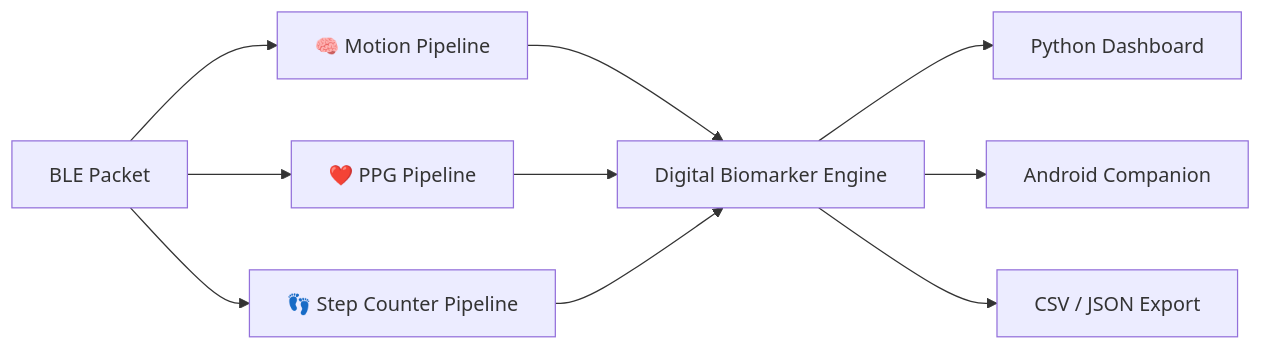
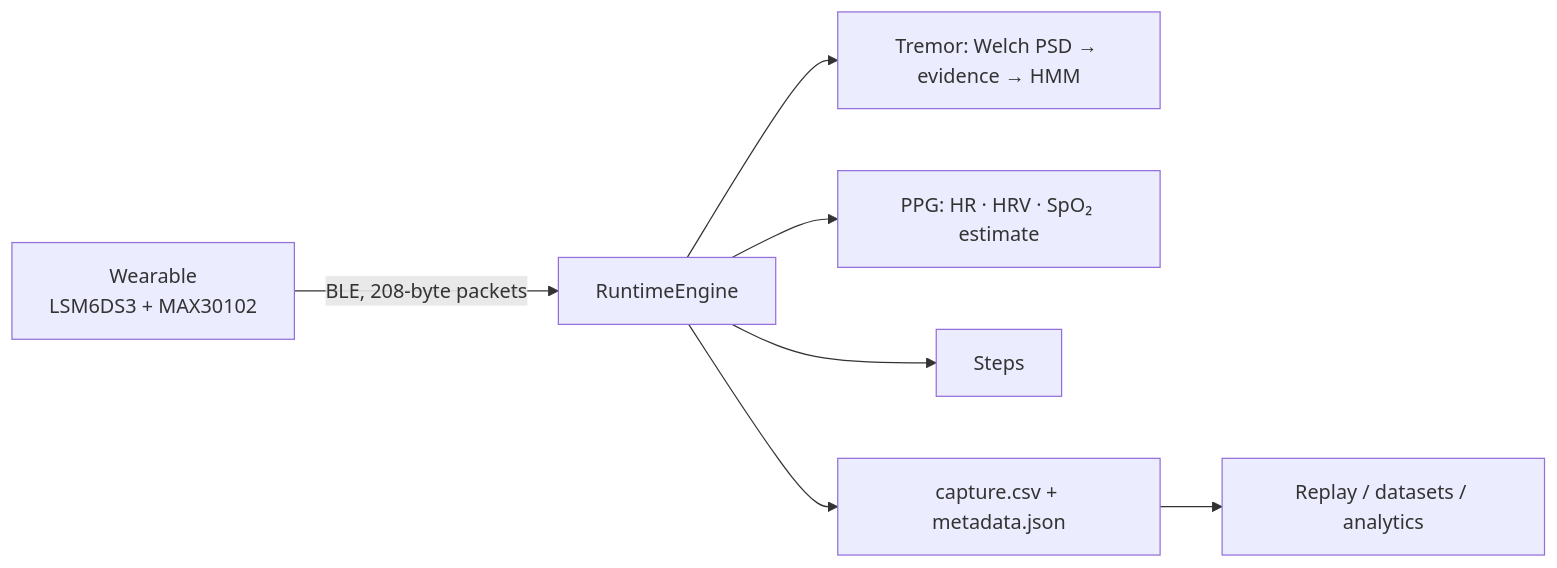
The diagram in README.md (sudo-pranshu/ParkinSense), drawn with Mermaid before and after one commit. The commit also changed other lines of this file and 29 other files, not shown here.

First line of the commit message:
docs: README rewrite, protocol spec, architecture, ADRs 0004-0009, results, report

````diff
--- a/README.md
+++ b/README.md
@@ -396,12 +62,8 @@
 ```mermaid
 flowchart LR
-Packet["BLE Packet"] --> Motion["🧠 Motion Pipeline"]
-Packet --> PPG["❤️ PPG Pipeline"]
-Packet --> Activity["👣 Step Counter Pipeline"]
-Motion --> Fusion["Digital Biomarker Engine"]
-PPG --> Fusion
-Activity --> Fusion
-Fusion --> Dashboard["Python Dashboard"]
-Fusion --> Android["Android Companion"]
-Fusion --> Export["CSV / JSON Export"]
+  W["Wearable<br/>LSM6DS3 + MAX30102"] -- "BLE, 208-byte packets" --> E["RuntimeEngine"]
+  E --> T["Tremor: Welch PSD → evidence → HMM"]
+  E --> P["PPG: HR · HRV · SpO₂ estimate"]
+  E --> S["Steps"]
+  E --> R["capture.csv + metadata.json"] --> RP["Replay / datasets / analytics"]
 ```
````
